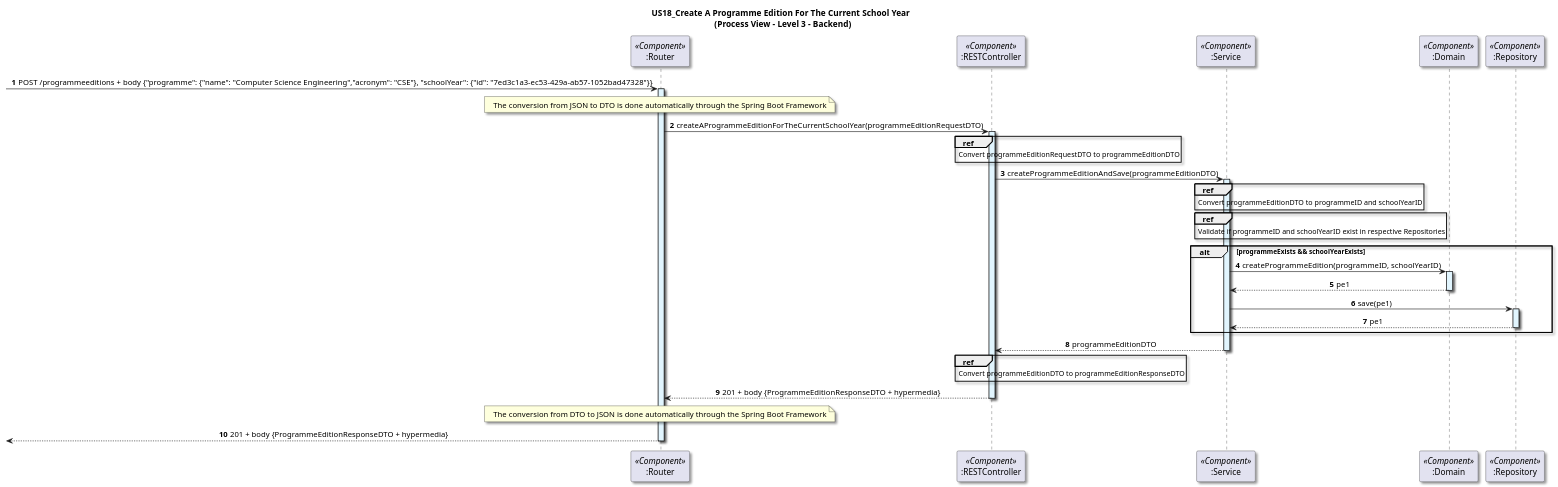
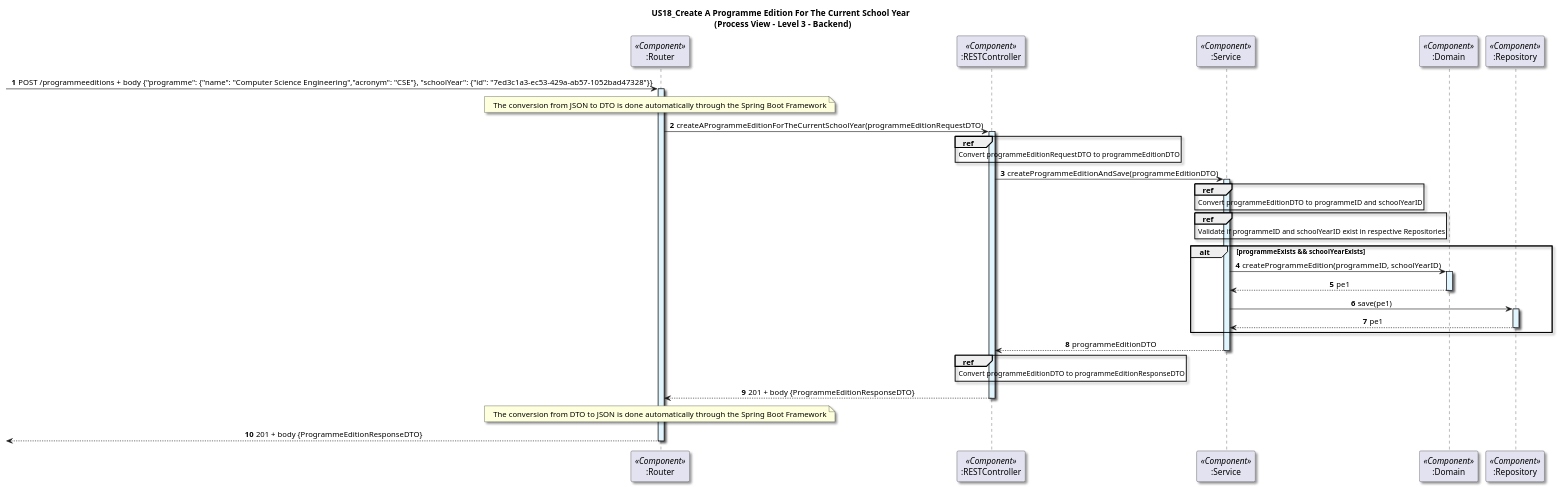
One commit to GasparISEP/DevOps-PAI changed the diagram in docs/US18/Sprint6_RestAPI/ProcessView/Level3ComponentContext.puml. Above: the diagram before and after it, drawn with PlantUML.

Commit message:
Minor alterations to Level3 ProcessView diagram for functionality CreateProgrammeEditionForCurrentSchoolYear - refs #656

```diff
--- a/docs/US18/Sprint6_RestAPI/ProcessView/Level3ComponentContext.puml
+++ b/docs/US18/Sprint6_RestAPI/ProcessView/Level3ComponentContext.puml
@@ -1,64 +1,64 @@
 @startuml
 title : US18_Create A Programme Edition For The Current School Year \n (Process View - Level 3 - Backend)
 autonumber
 skinparam defaultTextAlignment center
 skinparam shadowing true
 
 participant ":Router" as Router <<Component>>
 participant ":RESTController" as CPEC <<Component>>
 participant ":Service" as PES <<Component>>
 participant ":Domain" as PEF <<Component>>
 
 
 'get all programmes name
 
 -> Router: POST /programmeeditions + body {"programme": {"name": "Computer Science Engineering","acronym": "CSE"}, "schoolYear": {"id": "7ed3c1a3-ec53-429a-ab57-1052bad47328"}}
 activate Router #E1F5FE
 note over Router: The conversion from JSON to DTO is done automatically through the Spring Boot Framework
 
 '''''''''''''''''''''''''''''''''''''''''
 Router -> CPEC: createAProgrammeEditionForTheCurrentSchoolYear(programmeEditionRequestDTO)
 
 ref over CPEC
     Convert programmeEditionRequestDTO to programmeEditionDTO
 end
 'create programmeEdition for current School Year
 activate CPEC #E1F5FE
 CPEC -> PES:createProgrammeEditionAndSave(programmeEditionDTO)
 ref over PES
     Convert programmeEditionDTO to programmeID and schoolYearID
 end
 activate PES #E1F5FE
 ref over PES
     Validate if programmeID and schoolYearID exist in respective Repositories
 end
 
 alt programmeExists && schoolYearExists
 PES -> PEF: createProgrammeEdition(programmeID, schoolYearID)
 activate PEF #E1F5FE
 
 participant ":Repository" as PER <<Component>>
 
 PEF --> PES: pe1
 deactivate PEF
 
 PES -> PER: save(pe1)
 activate PER #E1F5FE
 
 PER --> PES: pe1
 deactivate PER
 end
 PES --> CPEC: programmeEditionDTO
 deactivate PES
 ref over CPEC
     Convert programmeEditionDTO to programmeEditionResponseDTO
 end
 
 
-CPEC --> Router : 201 + body {ProgrammeEditionResponseDTO + hypermedia}
+CPEC --> Router : 201 + body {ProgrammeEditionResponseDTO}
 deactivate CPEC
 note over Router: The conversion from DTO to JSON is done automatically through the Spring Boot Framework
 
-<-- Router: 201 + body {ProgrammeEditionResponseDTO + hypermedia}
+<-- Router: 201 + body {ProgrammeEditionResponseDTO}
 deactivate Router
 @enduml
```
